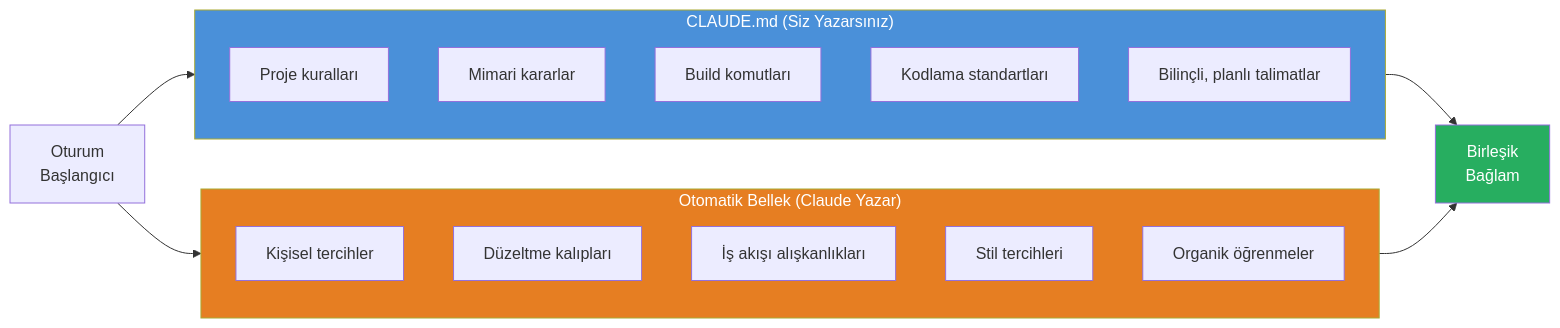
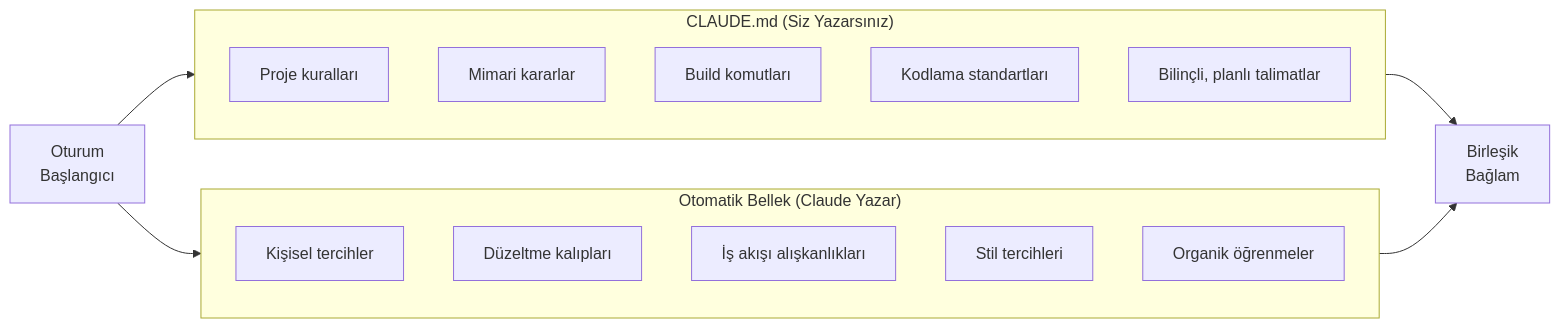
The second of 5 diagrams in 09-bellek-ve-baglam/04-otomatik-bellek.md (IzzetYasinAtes/ClaudeCodeHandbook), drawn with Mermaid before and after one commit. The commit also changed other lines of this file and 97 other files, not shown here.

Commit message:
Remove all custom Mermaid style/fill colors from 98 markdown files for consistent dark theme rendering

````diff
--- a/09-bellek-ve-baglam/04-otomatik-bellek.md
+++ b/09-bellek-ve-baglam/04-otomatik-bellek.md
@@ -55,29 +54,26 @@
 ```mermaid
 flowchart LR
     subgraph claude_md ["CLAUDE.md (Siz Yazarsınız)"]
         direction TB
         C1["Proje kuralları"]
         C2["Mimari kararlar"]
         C3["Build komutları"]
         C4["Kodlama standartları"]
         C5["Bilinçli, planlı talimatlar"]
     end
 
     subgraph auto_mem ["Otomatik Bellek (Claude Yazar)"]
         direction TB
         A1["Kişisel tercihler"]
         A2["Düzeltme kalıpları"]
         A3["İş akışı alışkanlıkları"]
         A4["Stil tercihleri"]
         A5["Organik öğrenmeler"]
     end
 
     SESSION["Oturum<br/>Başlangıcı"] --> claude_md
     SESSION --> auto_mem
     claude_md --> CONTEXT["Birleşik<br/>Bağlam"]
     auto_mem --> CONTEXT
 
-    style claude_md fill:#4A90D9,color:#fff
-    style auto_mem fill:#E67E22,color:#fff
-    style CONTEXT fill:#27AE60,color:#fff
 ```
````
